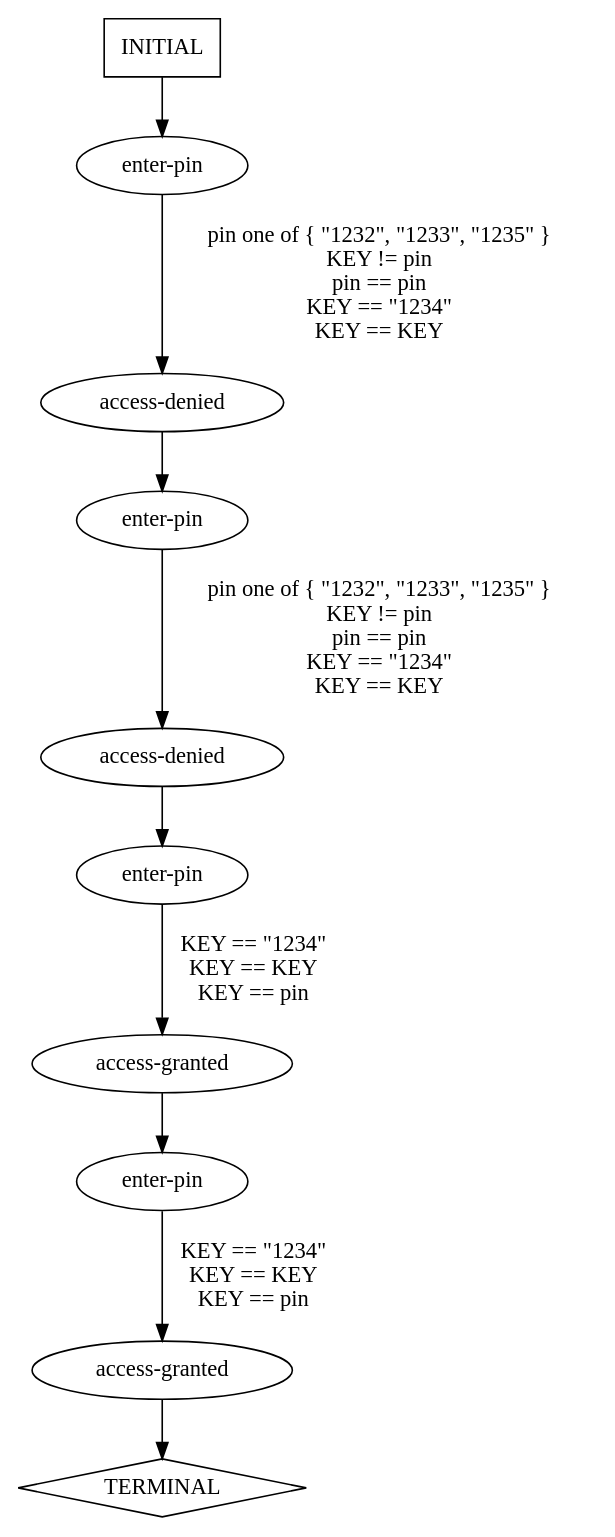
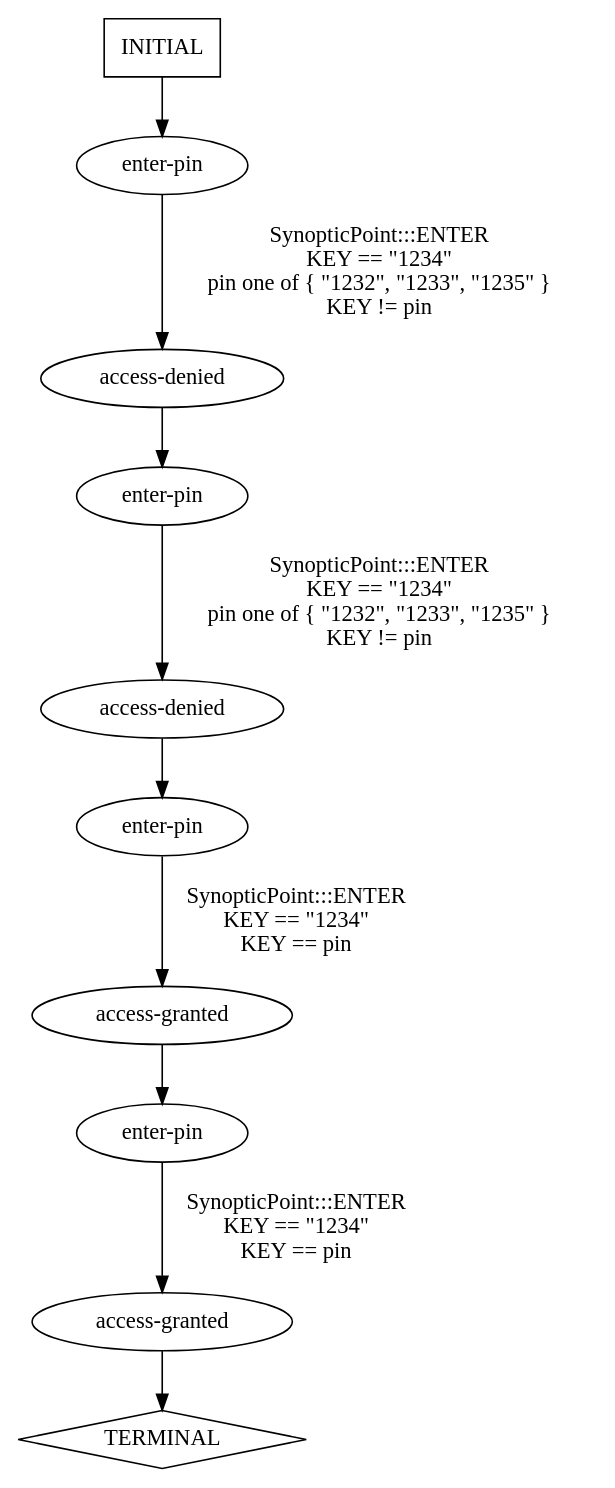
One commit to ModelInference/synoptic changed the diagram in traces/abstract/verify-pin/predicted-paths/verify-pin-test3.dot. Above: the diagram before and after it, drawn with Graphviz. The commit also changed 73 other files, not shown here.

```diff
--- a/traces/abstract/verify-pin/predicted-paths/verify-pin-test3.dot
+++ b/traces/abstract/verify-pin/predicted-paths/verify-pin-test3.dot
@@ -1,21 +1,21 @@
 digraph {
   0 [label="access-denied"];
   1 [label="access-denied"];
   2 [label="access-granted"];
   3 [label="access-granted"];
   4 [label="enter-pin"];
   5 [label="enter-pin"];
   6 [label="enter-pin"];
   7 [label="enter-pin"];
   8 [label="TERMINAL",shape=diamond];
   9 [label="INITIAL",shape=box];
 0->5 [label="",];
 1->6 [label="",];
 2->7 [label="",];
 3->8 [label="",];
-4->0 [label="pin one of { \"1232\", \"1233\", \"1235\" }\nKEY != pin\npin == pin\nKEY == \"1234\"\nKEY == KEY",];
-5->1 [label="pin one of { \"1232\", \"1233\", \"1235\" }\nKEY != pin\npin == pin\nKEY == \"1234\"\nKEY == KEY",];
-6->2 [label="KEY == \"1234\"\nKEY == KEY\nKEY == pin",];
-7->3 [label="KEY == \"1234\"\nKEY == KEY\nKEY == pin",];
+4->0 [label="SynopticPoint:::ENTER\nKEY == \"1234\"\npin one of { \"1232\", \"1233\", \"1235\" }\nKEY != pin\n",];
+5->1 [label="SynopticPoint:::ENTER\nKEY == \"1234\"\npin one of { \"1232\", \"1233\", \"1235\" }\nKEY != pin\n",];
+6->2 [label="SynopticPoint:::ENTER\nKEY == \"1234\"\nKEY == pin\n",];
+7->3 [label="SynopticPoint:::ENTER\nKEY == \"1234\"\nKEY == pin\n",];
 9->4 [label="",];
 } // digraph {
```
